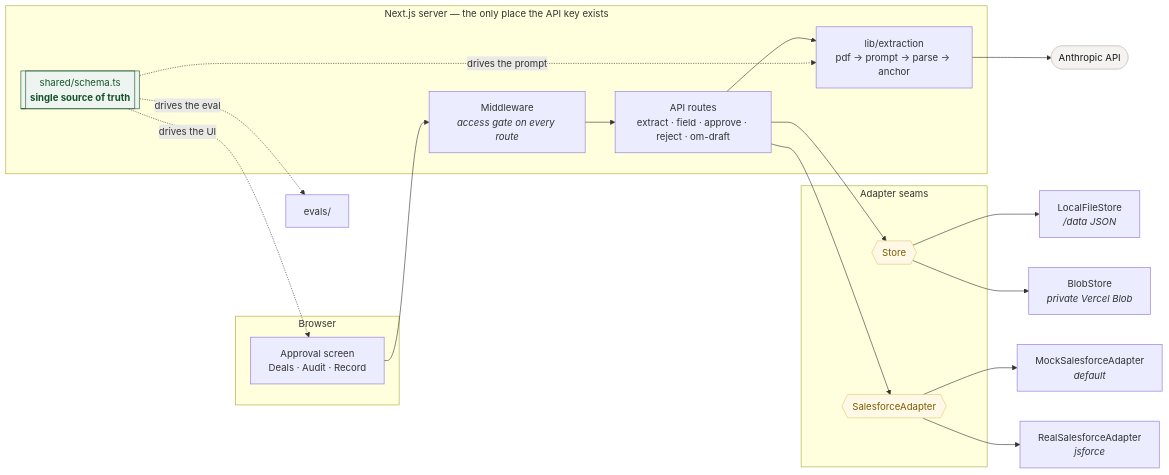
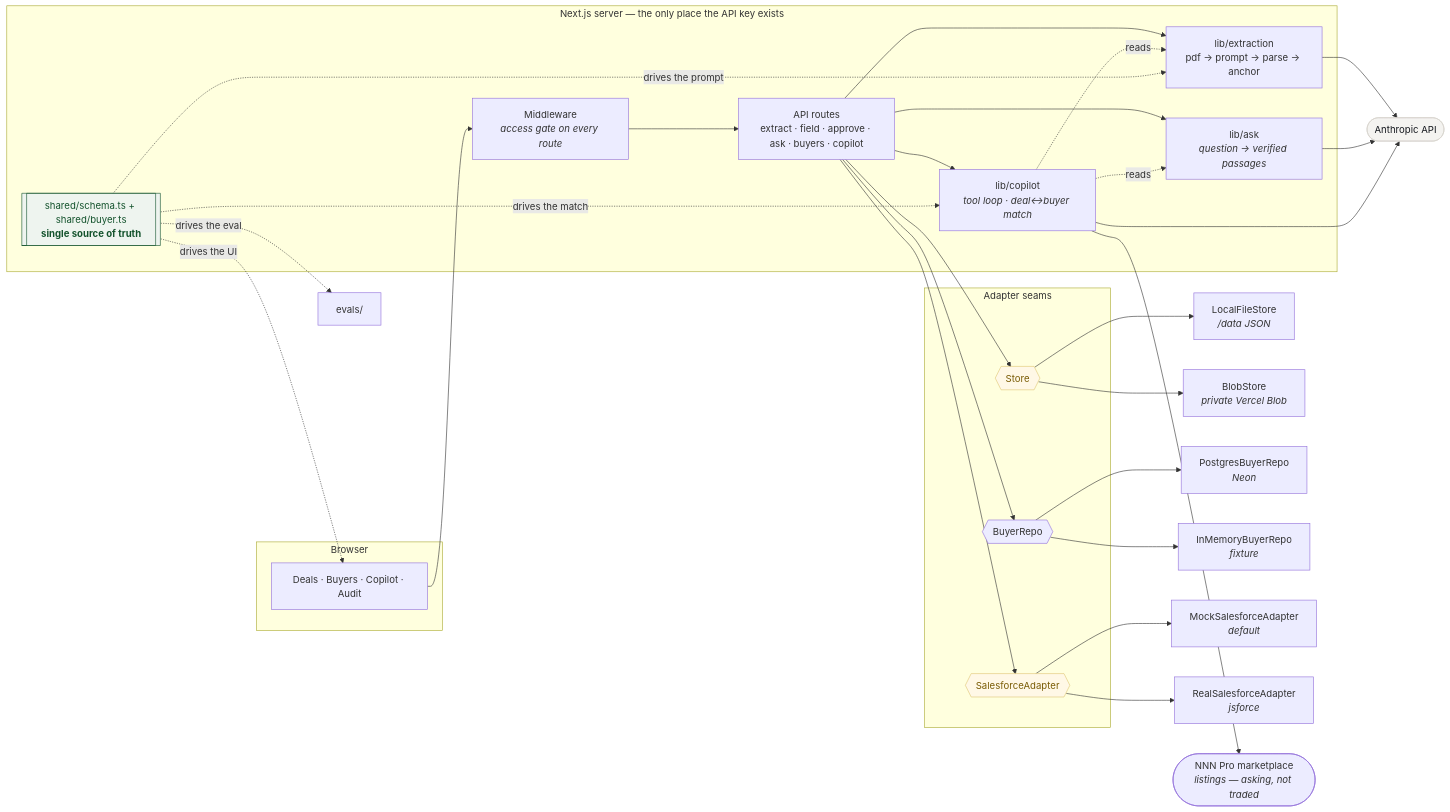
Before and after one commit to sjzavala/artificer: the second of 2 diagrams in README.md, drawn with Mermaid. The commit also changed other lines of this file, not shown here.

````diff
--- a/README.md
+++ b/README.md
@@ -264,41 +397,56 @@
 ```mermaid
 flowchart LR
     subgraph browser["Browser"]
-        UI["Approval screen<br/>Deals · Audit · Record"]
+        UI["Deals · Buyers · Copilot · Audit"]
     end
 
     subgraph server["Next.js server — the only place the API key exists"]
         MW["Middleware<br/><i>access gate on every route</i>"]
-        API["API routes<br/>extract · field · approve · reject · om-draft"]
+        API["API routes<br/>extract · field · approve · ask · buyers · copilot"]
         EX["lib/extraction<br/>pdf → prompt → parse → anchor"]
-        SCHEMA[["shared/schema.ts<br/><b>single source of truth</b>"]]
+        ASK["lib/ask<br/><i>question → verified passages</i>"]
+        COP["lib/copilot<br/><i>tool loop · deal↔buyer match</i>"]
+        SCHEMA[["shared/schema.ts + shared/buyer.ts<br/><b>single source of truth</b>"]]
     end
 
     subgraph seams["Adapter seams"]
         STORE{{"Store"}}
+        REPO{{"BuyerRepo"}}
         SF{{"SalesforceAdapter"}}
     end
 
     LOCAL["LocalFileStore<br/><i>/data JSON</i>"]
     BLOB["BlobStore<br/><i>private Vercel Blob</i>"]
+    PG["PostgresBuyerRepo<br/><i>Neon</i>"]
+    MEM["InMemoryBuyerRepo<br/><i>fixture</i>"]
     MOCK["MockSalesforceAdapter<br/><i>default</i>"]
     REAL["RealSalesforceAdapter<br/><i>jsforce</i>"]
     MODEL(["Anthropic API"])
+    MARKET(["NNN Pro marketplace<br/><i>listings — asking, not traded</i>"])
 
     UI --> MW --> API
     API --> EX --> MODEL
+    API --> ASK --> MODEL
+    API --> COP --> MODEL
+    COP -.->|"reads"| EX
+    COP -.->|"reads"| ASK
+    COP --> MARKET
     API --> STORE
+    API --> REPO
     API --> SF
     SCHEMA -.->|"drives the prompt"| EX
     SCHEMA -.->|"drives the UI"| UI
     SCHEMA -.->|"drives the eval"| EVAL["evals/"]
+    SCHEMA -.->|"drives the match"| COP
     STORE --> LOCAL
     STORE --> BLOB
+    REPO --> PG
+    REPO --> MEM
     SF --> MOCK
     SF --> REAL
 
     style SCHEMA fill:#eef4ef,stroke:#14532d,color:#14532d
     style MODEL fill:#f4f3f0,stroke:#d5d2cb,color:#16191f
     style STORE fill:#fff8e6,stroke:#e0c675,color:#7a5c05
     style SF fill:#fff8e6,stroke:#e0c675,color:#7a5c05
 ```
````
